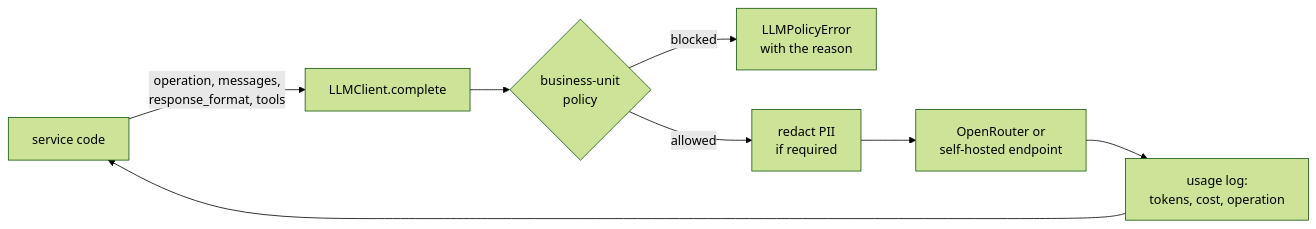
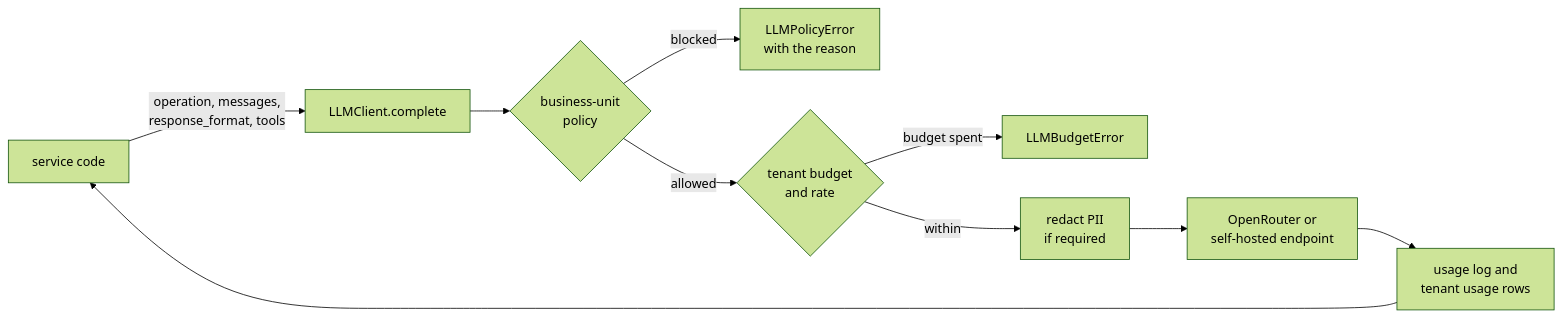
One commit to jayendukumar/agentify changed the diagram in docs/wiki/Prompts-and-LLM.md. Above: the diagram before and after it, drawn with Mermaid (forest theme). The commit also changed other lines of this file and 41 other files, not shown here.

First line of the commit message:
Build Epic 38 US38.10: per-tenant secrets, files and log lines

````diff
--- a/docs/wiki/Prompts-and-LLM.md
+++ b/docs/wiki/Prompts-and-LLM.md
@@ -30,10 +37,12 @@
 ```mermaid
 flowchart LR
     caller[service code] -->|operation, messages,<br/>response_format, tools| client[LLMClient.complete]
     client --> route{business-unit<br/>policy}
     route -->|blocked| err[LLMPolicyError<br/>with the reason]
-    route -->|allowed| redact[redact PII<br/>if required]
+    route -->|allowed| limits{tenant budget<br/>and rate}
+    limits -->|budget spent| budget[LLMBudgetError]
+    limits -->|within| redact[redact PII<br/>if required]
     redact --> provider[OpenRouter or<br/>self-hosted endpoint]
-    provider --> usage[usage log:<br/>tokens, cost, operation]
+    provider --> usage[usage log and<br/>tenant usage rows]
     usage --> caller
 ```
````
